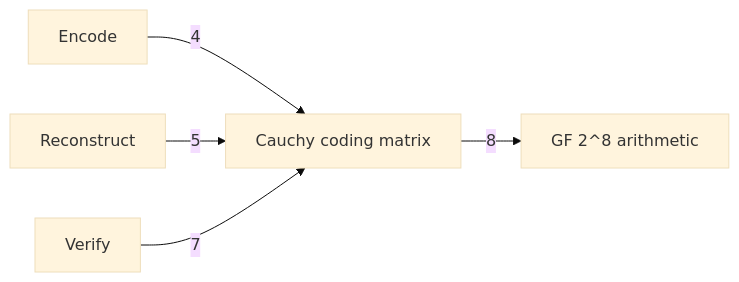
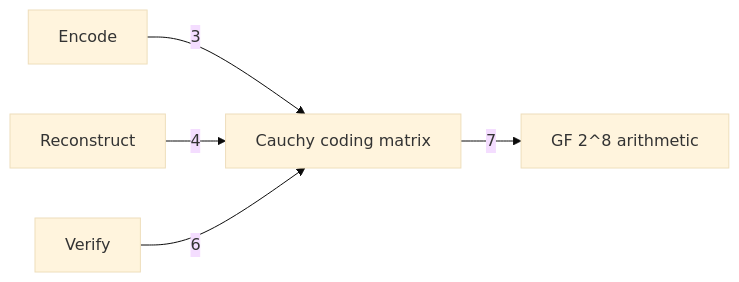
The diagram in docs/c4/diagrams/05-component-erasure-b.mmd (nickstrad/decentralized-object-store), drawn with Mermaid (base theme) before and after one commit. The commit also changed 14 other files, not shown here.

```diff
--- a/docs/c4/diagrams/05-component-erasure-b.mmd
+++ b/docs/c4/diagrams/05-component-erasure-b.mmd
@@ -1,6 +1,6 @@
 %% draw-visual: -x 4 -y 1 -p 0
 graph LR
-  ENCODE[Encode] -->|4| CAUCHY[Cauchy coding matrix]
-  CAUCHY -->|8| GF[GF 2^8 arithmetic]
-  RECON[Reconstruct] -->|5| CAUCHY
-  VERIFY[Verify] -->|7| CAUCHY
+  ENCODE[Encode] -->|3| CAUCHY[Cauchy coding matrix]
+  CAUCHY -->|7| GF[GF 2^8 arithmetic]
+  RECON[Reconstruct] -->|4| CAUCHY
+  VERIFY[Verify] -->|6| CAUCHY
```
